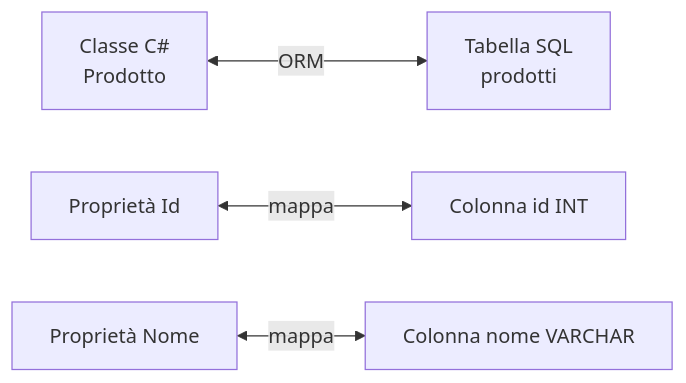
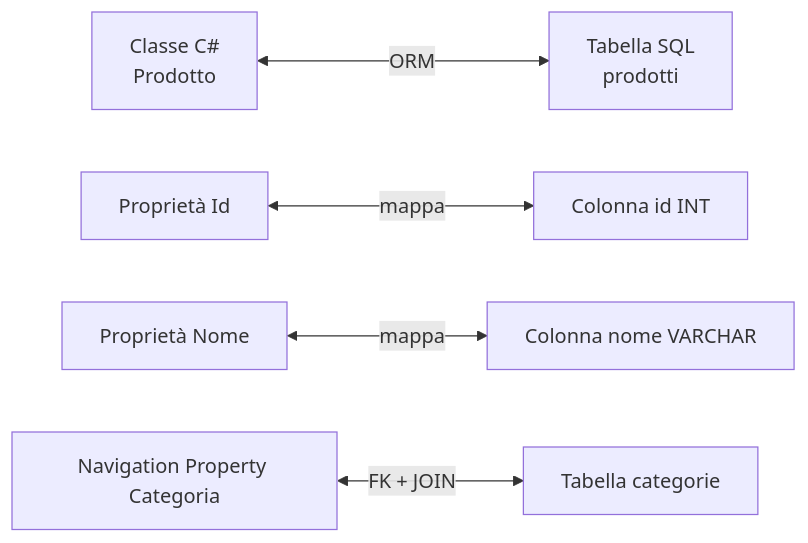
Before and after one commit to DennisTurco/AppuntiFacili: the first of 4 diagrams in src/content/informatica/csharp/orm-entity-framework.mdx, drawn with Mermaid. The commit also changed other lines of this file and 10 other files, not shown here.

````diff
--- a/src/content/informatica/csharp/orm-entity-framework.mdx
+++ b/src/content/informatica/csharp/orm-entity-framework.mdx
@@ -18,6 +18,7 @@
 ```mermaid
 graph LR
     A[Classe C# \nProdotto] <-->|ORM| B[Tabella SQL\nprodotti]
     C[Proprietà Id] <-->|mappa| D[Colonna id INT]
     E[Proprietà Nome] <-->|mappa| F[Colonna nome VARCHAR]
+    G[Navigation Property Categoria] <-->|FK + JOIN| H[Tabella categorie]
 ```
````
